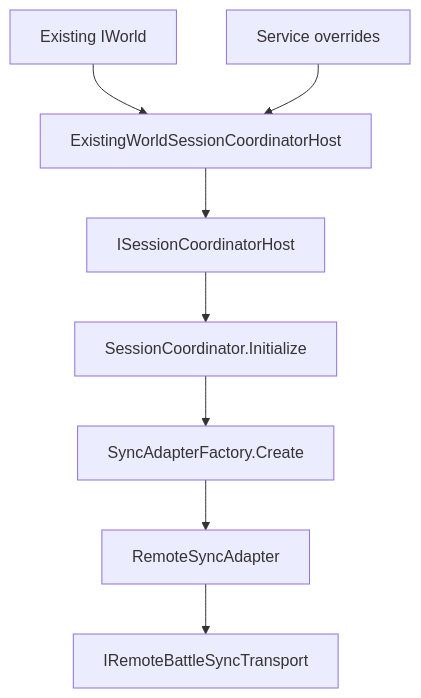
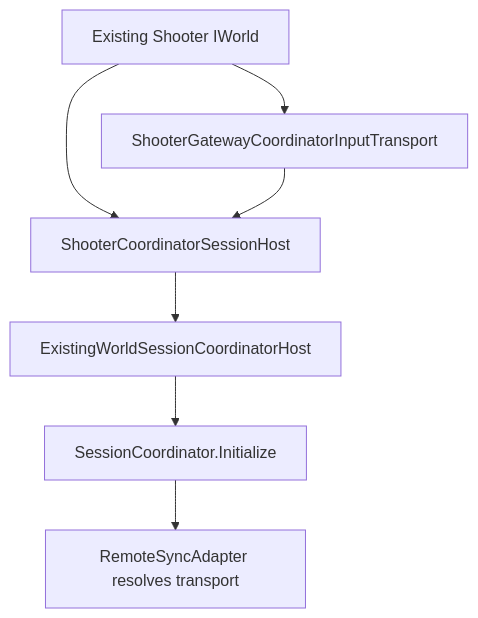
Diagram 14 of 14 in Docs/design/07-NetworkSynchronization/05-SessionCoordination.md (Kurumioi/AbilityKit), drawn with Mermaid before and after one commit. The commit also changed other lines of this file and 389 other files, not shown here.

````diff
--- a/Docs/design/07-NetworkSynchronization/05-SessionCoordination.md
+++ b/Docs/design/07-NetworkSynchronization/05-SessionCoordination.md
@@ -248,10 +694,9 @@
 ```mermaid
 flowchart TD
-    A[Existing IWorld] --> B[ExistingWorldSessionCoordinatorHost]
-    C[Service overrides] --> B
-    B --> D[ISessionCoordinatorHost]
+    A[Existing Shooter IWorld] --> B[ShooterGatewayCoordinatorInputTransport]
+    A --> C[ShooterCoordinatorSessionHost]
+    B --> C
+    C --> D[ExistingWorldSessionCoordinatorHost]
     D --> E[SessionCoordinator.Initialize]
-    E --> F[SyncAdapterFactory.Create]
-    F --> G[RemoteSyncAdapter]
-    G --> H[IRemoteBattleSyncTransport]
+    E --> F[RemoteSyncAdapter resolves transport]
 ```
````
